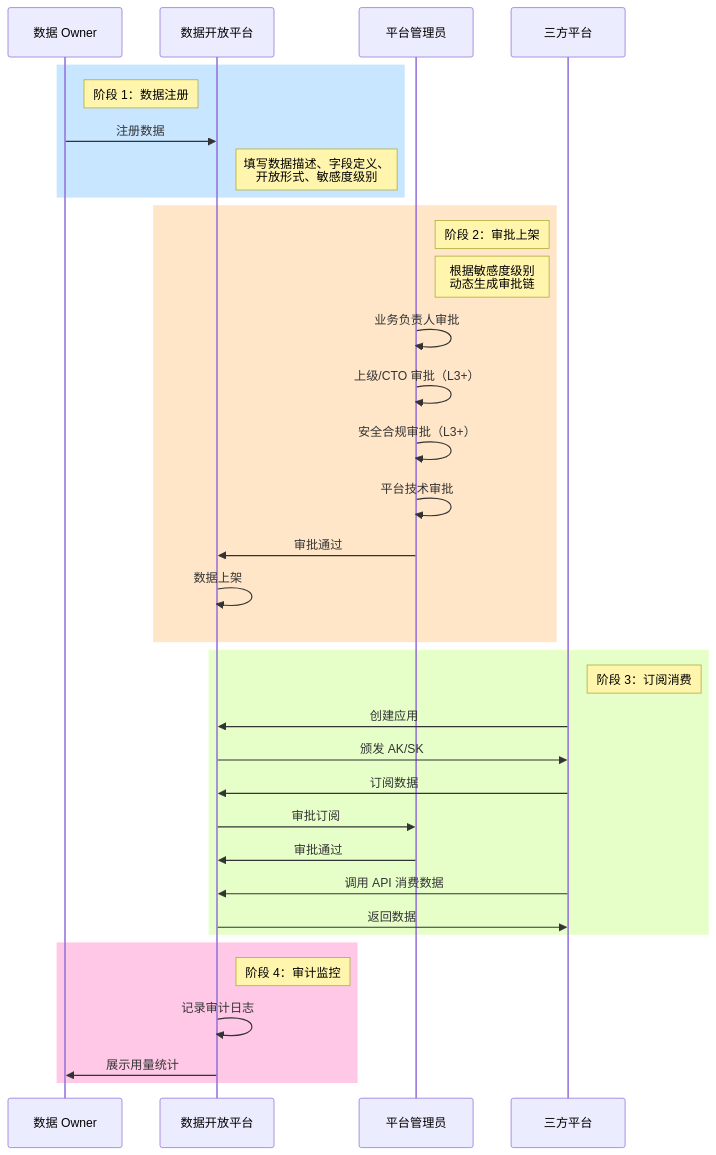
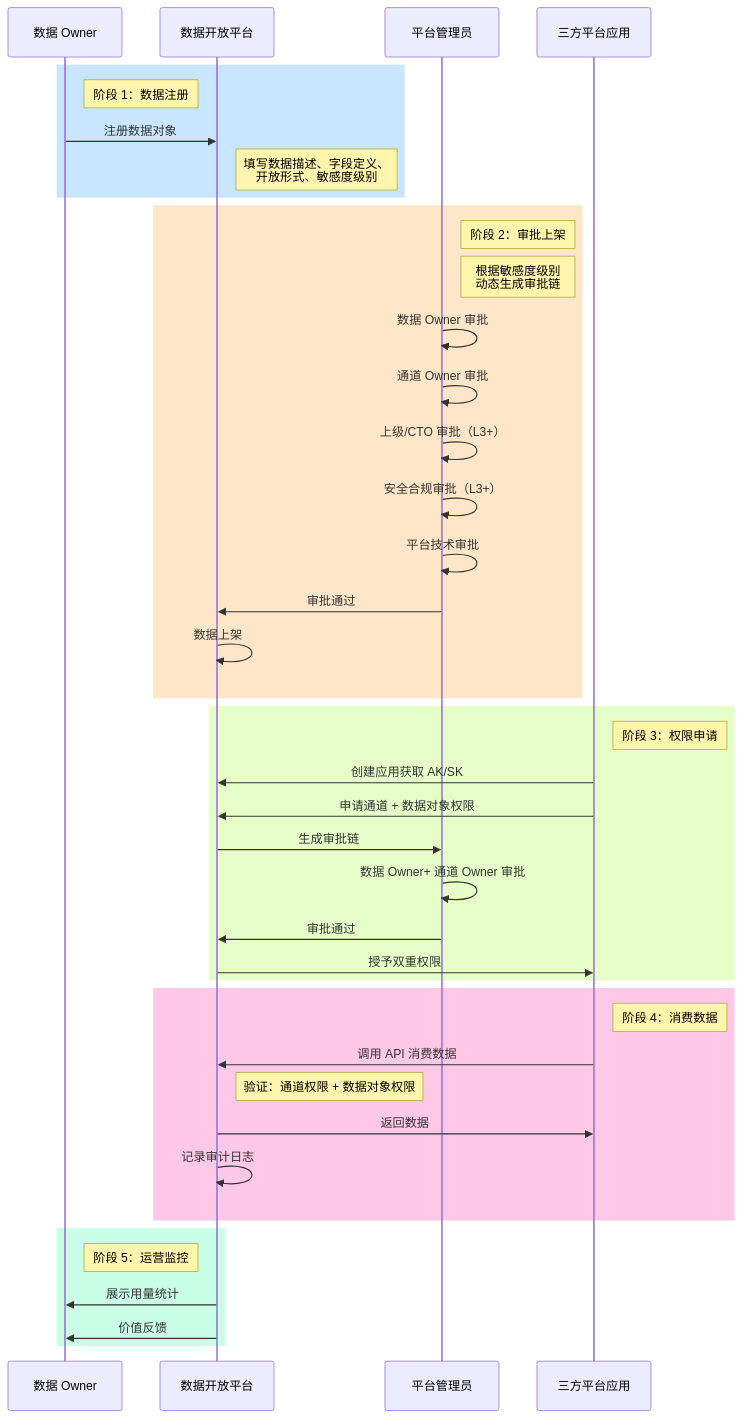
Before and after one commit to THZSummer/Product: the seventh of 13 diagrams in open-app/.sdd/specs-tree-root/specs-tree-data-open-platform/discovery-report.md, drawn with Mermaid. The commit also changed other lines of this file and 2 other files, not shown here.

````diff
--- a/open-app/.sdd/specs-tree-root/specs-tree-data-open-platform/discovery-report.md
+++ b/open-app/.sdd/specs-tree-root/specs-tree-data-open-platform/discovery-report.md
@@ -290,41 +304,49 @@
 ```mermaid
 sequenceDiagram
     participant Owner as 数据 Owner
     participant Platform as 数据开放平台
     participant Admin as 平台管理员
-    participant Consumer as 三方平台
+    participant Consumer as 三方平台应用
     
     rect rgb(200, 230, 255)
         note right of Owner: 阶段 1：数据注册
-        Owner->>Platform: 注册数据
+        Owner->>Platform: 注册数据对象
         note right of Platform: 填写数据描述、字段定义、<br/>开放形式、敏感度级别
     end
     
     rect rgb(255, 230, 200)
         note right of Admin: 阶段 2：审批上架
         note right of Admin: 根据敏感度级别<br/>动态生成审批链
-        Admin->>Admin: 业务负责人审批
+        Admin->>Admin: 数据 Owner 审批
+        Admin->>Admin: 通道 Owner 审批
         Admin->>Admin: 上级/CTO 审批（L3+）
         Admin->>Admin: 安全合规审批（L3+）
         Admin->>Admin: 平台技术审批
         Admin->>Platform: 审批通过
         Platform->>Platform: 数据上架
     end
     
     rect rgb(230, 255, 200)
-        note right of Consumer: 阶段 3：订阅消费
-        Consumer->>Platform: 创建应用
-        Platform->>Consumer: 颁发 AK/SK
-        Consumer->>Platform: 订阅数据
-        Platform->>Admin: 审批订阅
+        note right of Consumer: 阶段 3：权限申请
+        Consumer->>Platform: 创建应用获取 AK/SK
+        Consumer->>Platform: 申请通道 + 数据对象权限
+        Platform->>Admin: 生成审批链
+        Admin->>Admin: 数据 Owner+ 通道 Owner 审批
         Admin->>Platform: 审批通过
-        Consumer->>Platform: 调用 API 消费数据
-        Platform->>Consumer: 返回数据
+        Platform->>Consumer: 授予双重权限
     end
     
     rect rgb(255, 200, 230)
-        note right of Platform: 阶段 4：审计监控
+        note right of Consumer: 阶段 4：消费数据
+        Consumer->>Platform: 调用 API 消费数据
+        note right of Platform: 验证：通道权限 + 数据对象权限
+        Platform->>Consumer: 返回数据
         Platform->>Platform: 记录审计日志
+    end
+    
+    rect rgb(200, 255, 230)
+        note right of Owner: 阶段 5：运营监控
         Platform->>Owner: 展示用量统计
+        Platform->>Owner: 价值反馈
     end
 ```
````
